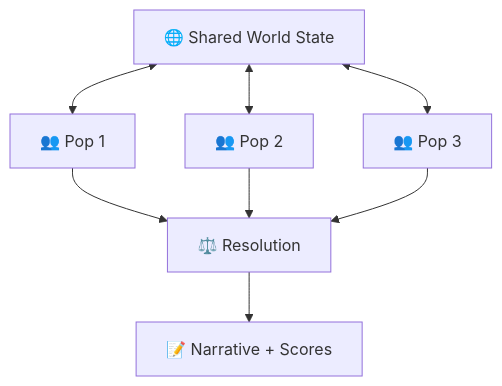
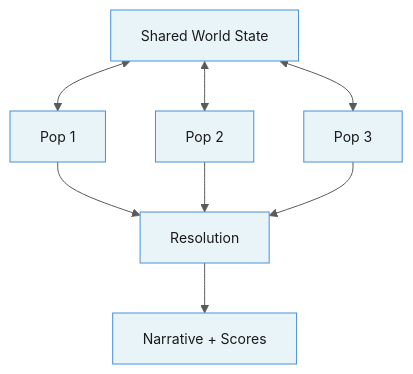
The fifth of 8 diagrams in docs/guide.md (georgosgeorgos/minimal-agora), drawn with Mermaid before and after one commit. The commit also changed other lines of this file and 1 other file, not shown here.

First line of the commit message:
Improve Mermaid diagram readability: light theme, clean labels

````diff
--- a/docs/guide.md
+++ b/docs/guide.md
@@ -275,11 +279,12 @@
 ```mermaid
+%%{init: {'theme': 'base', 'themeVariables': {'primaryColor': '#e8f4f8', 'primaryTextColor': '#1a1a1a', 'primaryBorderColor': '#4a90d9', 'lineColor': '#5a5a5a', 'secondaryColor': '#f0f7e8', 'tertiaryColor': '#fff5e6', 'fontSize': '14px'}}}%%
 flowchart TB
-    WS["🌐 Shared World State"]
-    WS <--> P1["👥 Pop 1"]
-    WS <--> P2["👥 Pop 2"]
-    WS <--> P3["👥 Pop 3"]
-    P1 --> RES["⚖️ Resolution"]
+    WS["Shared World State"]
+    WS <--> P1["Pop 1"]
+    WS <--> P2["Pop 2"]
+    WS <--> P3["Pop 3"]
+    P1 --> RES["Resolution"]
     P2 --> RES
     P3 --> RES
-    RES --> N["📝 Narrative + Scores"]
+    RES --> N["Narrative + Scores"]
 ```
````
